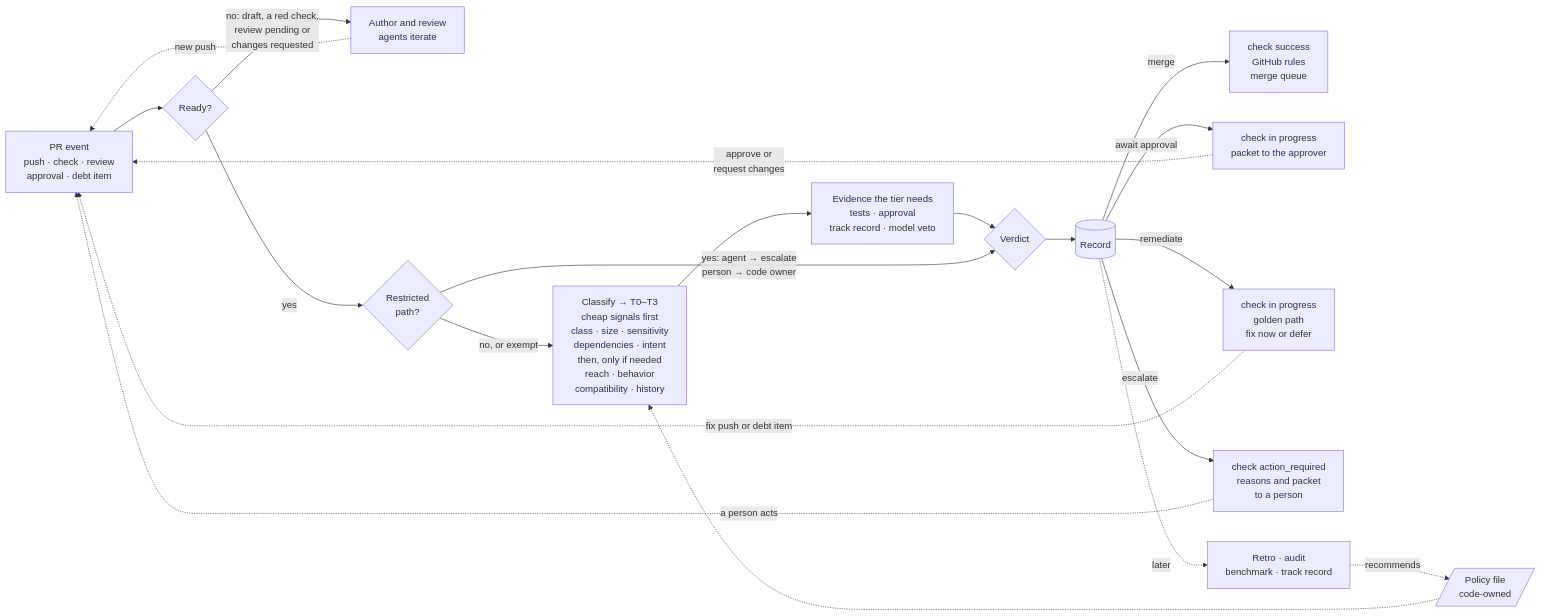
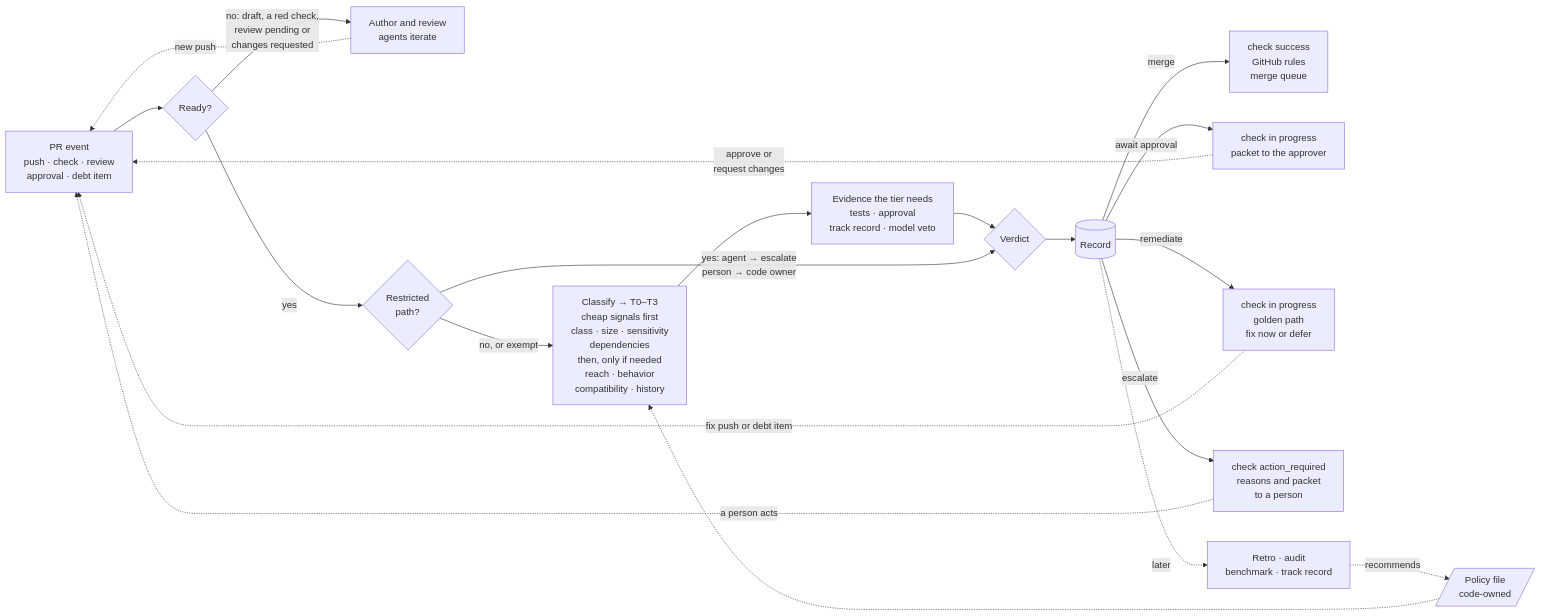
One commit to guyoron1/fullsend changed the first of 2 diagrams in docs/proposals/aisdlc-97-architecture-proposal.md. Above: the diagram before and after it, drawn with Mermaid. The commit also changed other lines of this file, not shown here.

First line of the commit message:
docs: AISDLC-97 intent moves to the review, tables get lead-ins

````diff
--- a/docs/proposals/aisdlc-97-architecture-proposal.md
+++ b/docs/proposals/aisdlc-97-architecture-proposal.md
@@ -20,22 +20,22 @@
 ```mermaid
 flowchart LR
   EV[PR event<br/>push · check · review<br/>approval · debt item] --> RDY{Ready?}
   RDY -- no: draft, a red check,<br/>review pending or<br/>changes requested --> LOOP[Author and review<br/>agents iterate]
   LOOP -. new push .-> EV
   RDY -- yes --> RP{Restricted<br/>path?}
-  RP -- no, or exempt --> CLS["Classify → T0–T3<br/>cheap signals first<br/>class · size · sensitivity<br/>dependencies · intent<br/>then, only if needed<br/>reach · behavior<br/>compatibility · history"]
+  RP -- no, or exempt --> CLS["Classify → T0–T3<br/>cheap signals first<br/>class · size · sensitivity<br/>dependencies<br/>then, only if needed<br/>reach · behavior<br/>compatibility · history"]
   CLS --> EVD["Evidence the tier needs<br/>tests · approval<br/>track record · model veto"]
   EVD --> VER{Verdict}
   RP -- yes: agent → escalate<br/>person → code owner --> VER
   VER --> REC[(Record)]
   REC -- merge --> MRG["check success<br/>GitHub rules<br/>merge queue"]
   REC -- await approval --> PKT["check in progress<br/>packet to the approver"]
   REC -- remediate --> GP["check in progress<br/>golden path<br/>fix now or defer"]
   REC -- escalate --> ESC["check action_required<br/>reasons and packet<br/>to a person"]
   ESC -. a person acts .-> EV
   PKT -. approve or<br/>request changes .-> EV
   GP -. fix push or debt item .-> EV
   REC -. later .-> POST[Retro · audit<br/>benchmark · track record]
   POST -. recommends .-> POL[/Policy file<br/>code-owned/]
   POL -.-> CLS
 ```
````
